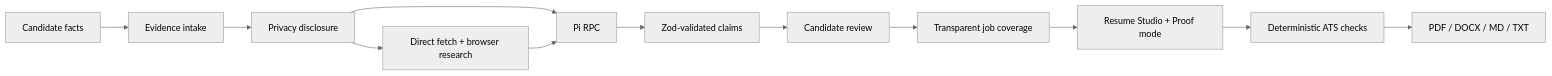
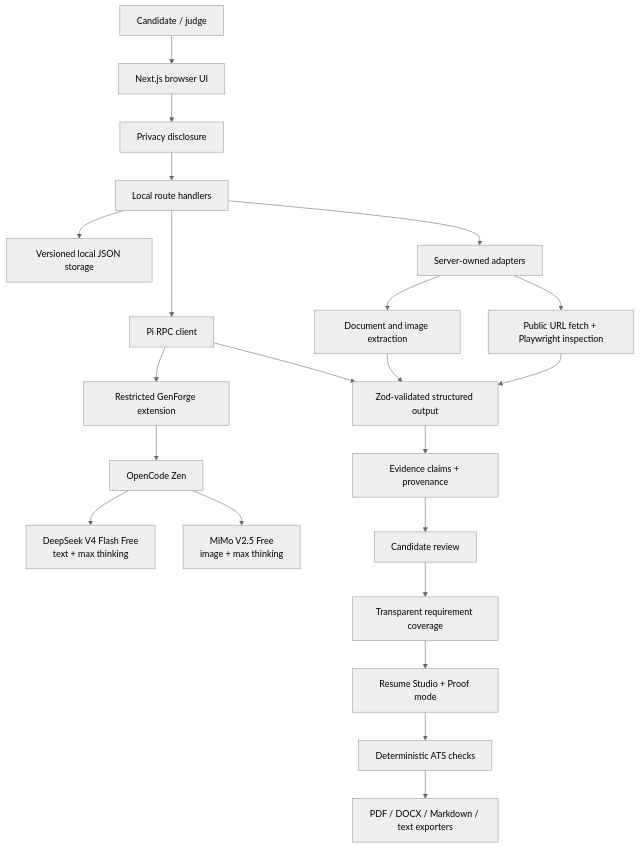
Before and after one commit to jagathsrujan/genforge-live-career-agent: the first of 2 diagrams in README.md, drawn with Mermaid (neutral theme). The commit also changed other lines of this file, not shown here.

Commit message:
Make README judge-first and self-contained

````diff
--- a/README.md
+++ b/README.md
@@ -87,14 +83,27 @@
 ```mermaid
-flowchart LR
-  A[Candidate facts] --> B[Evidence intake]
-  B --> C[Privacy disclosure]
-  C --> D[Direct fetch + browser research]
-  C --> E[Pi RPC]
-  D --> E
-  E --> F[Zod-validated claims]
-  F --> G[Candidate review]
-  G --> H[Transparent job coverage]
-  H --> I[Resume Studio + Proof mode]
-  I --> J[Deterministic ATS checks]
-  J --> K[PDF / DOCX / MD / TXT]
+flowchart TB
+  U["Candidate / judge"] --> B["Next.js browser UI"]
+  B --> D["Privacy disclosure"]
+  D --> R["Local route handlers"]
+
+  R --> S["Versioned local JSON storage"]
+  R --> A["Server-owned adapters"]
+  A --> X["Document and image extraction"]
+  A --> W["Public URL fetch + Playwright inspection"]
+
+  R --> P["Pi RPC client"]
+  P --> E["Restricted GenForge extension"]
+  E --> O["OpenCode Zen"]
+  O --> T["DeepSeek V4 Flash Free\ntext + max thinking"]
+  O --> I["MiMo V2.5 Free\nimage + max thinking"]
+
+  P --> Z["Zod-validated structured output"]
+  X --> Z
+  W --> Z
+  Z --> C["Evidence claims + provenance"]
+  C --> V["Candidate review"]
+  V --> M["Transparent requirement coverage"]
+  M --> Q["Resume Studio + Proof mode"]
+  Q --> K["Deterministic ATS checks"]
+  K --> F["PDF / DOCX / Markdown / text exporters"]
 ```
````
